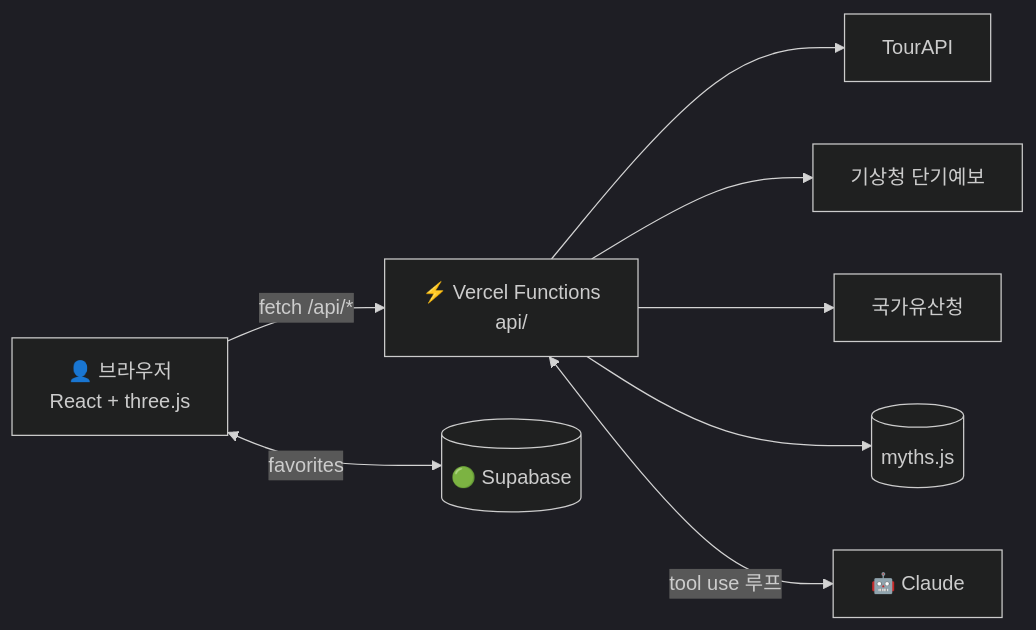
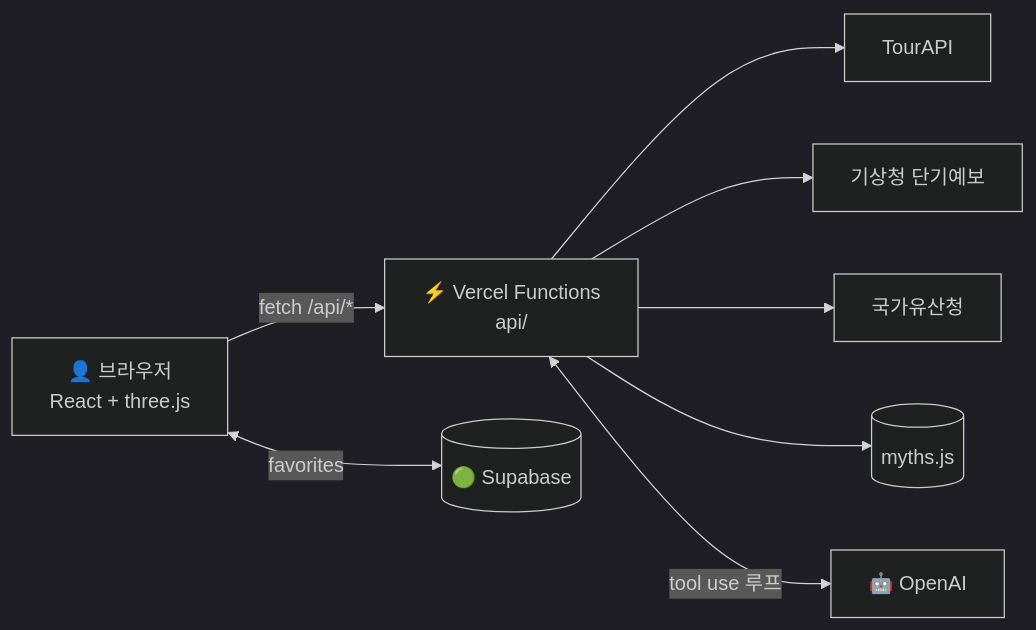
Before and after one commit to kmgdlek/prj: the diagram in README.md, drawn with Mermaid (dark theme). The commit also changed other lines of this file and 9 other files, not shown here.

Commit message:
Claude 지원 제거: 이야기꾼 AI는 OpenAI 하나로, 패키지·환경변수·화면 문구·README 정리

````diff
--- a/README.md
+++ b/README.md
@@ -72,10 +72,10 @@
 ```mermaid
 flowchart LR
   U[👤 브라우저<br/>React + three.js] -->|fetch /api/*| F[⚡ Vercel Functions<br/>api/]
   U <-->|favorites| S[(🟢 Supabase)]
   F --> T[TourAPI]
   F --> W[기상청 단기예보]
   F --> H[국가유산청]
   F --> M[(myths.js)]
-  F <-->|tool use 루프| C[🤖 Claude]
+  F <-->|tool use 루프| C[🤖 OpenAI]
 ```
````
